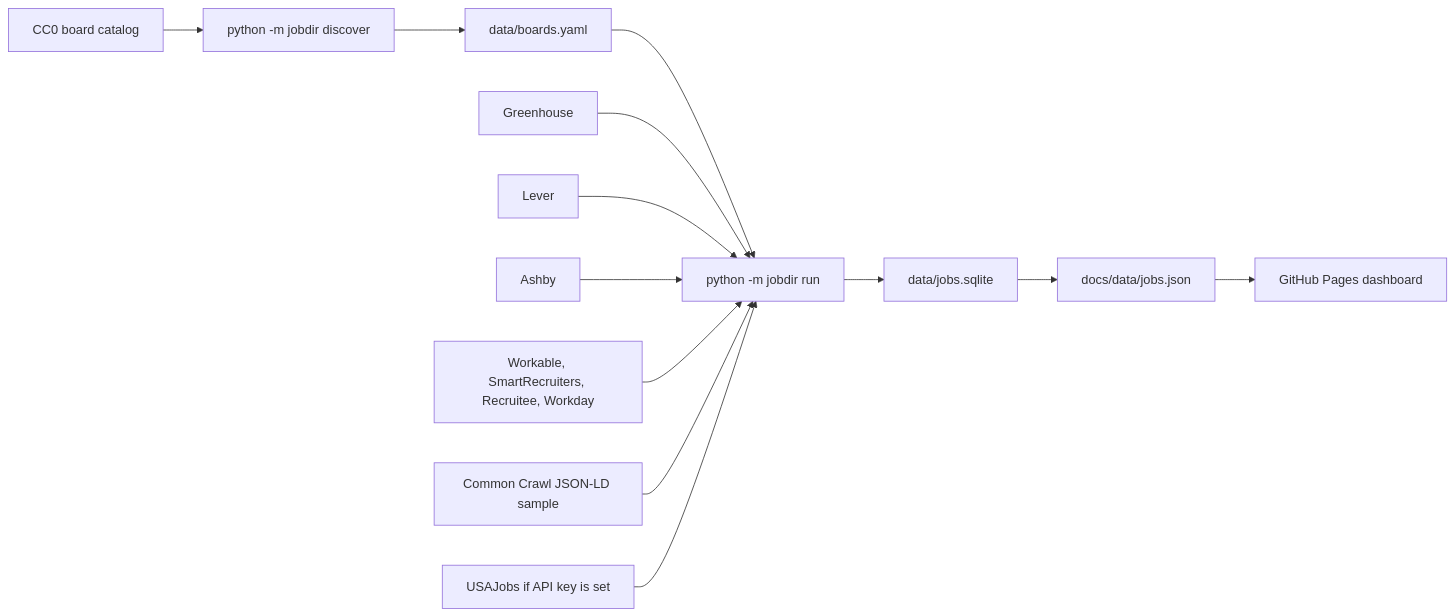
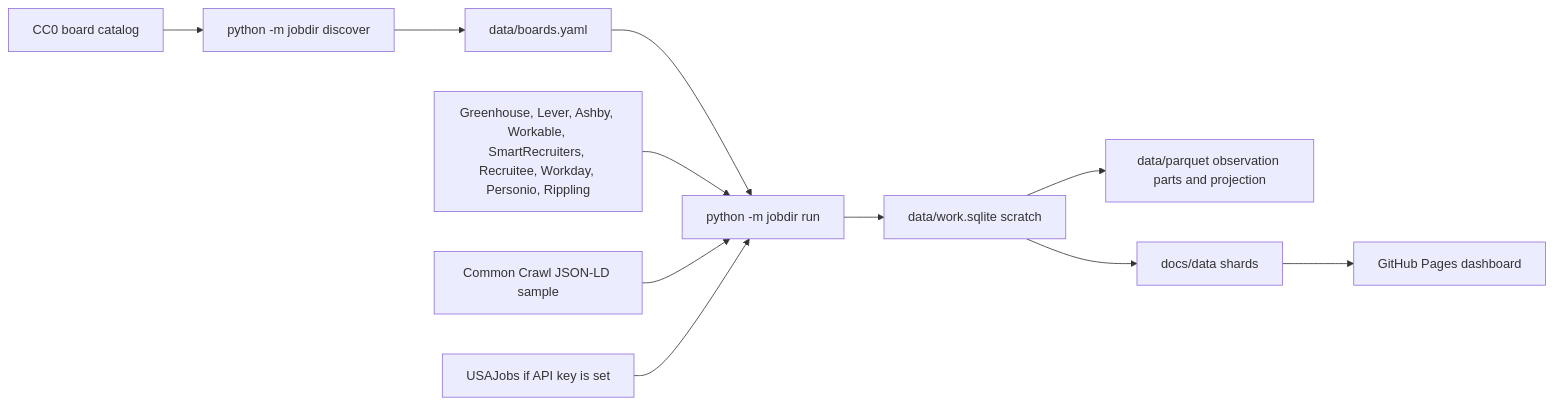
The diagram in README.md (413x45h4w/global-jobs-index), drawn with Mermaid before and after one commit. The commit also changed other lines of this file and 86 other files, not shown here.

First line of the commit message:
Pull the full public ATS catalog and store history as Parquet.

````diff
--- a/README.md
+++ b/README.md
@@ -44,15 +48,13 @@
 ```mermaid
 flowchart LR
   registry["data/boards.yaml"] --> run["python -m jobdir run"]
   catalog["CC0 board catalog"] --> discover["python -m jobdir discover"]
   discover --> registry
-  gh["Greenhouse"] --> run
-  lever["Lever"] --> run
-  ashby["Ashby"] --> run
-  others["Workable, SmartRecruiters, Recruitee, Workday"] --> run
+  ats["Greenhouse, Lever, Ashby, Workable, SmartRecruiters, Recruitee, Workday, Personio, Rippling"] --> run
   cc["Common Crawl JSON-LD sample"] --> run
   usajobs["USAJobs if API key is set"] --> run
-  run --> sqlite["data/jobs.sqlite"]
-  sqlite --> export["docs/data/jobs.json"]
+  run --> scratch["data/work.sqlite scratch"]
+  scratch --> parquet["data/parquet observation parts and projection"]
+  scratch --> export["docs/data shards"]
   export --> pages["GitHub Pages dashboard"]
 ```
````
